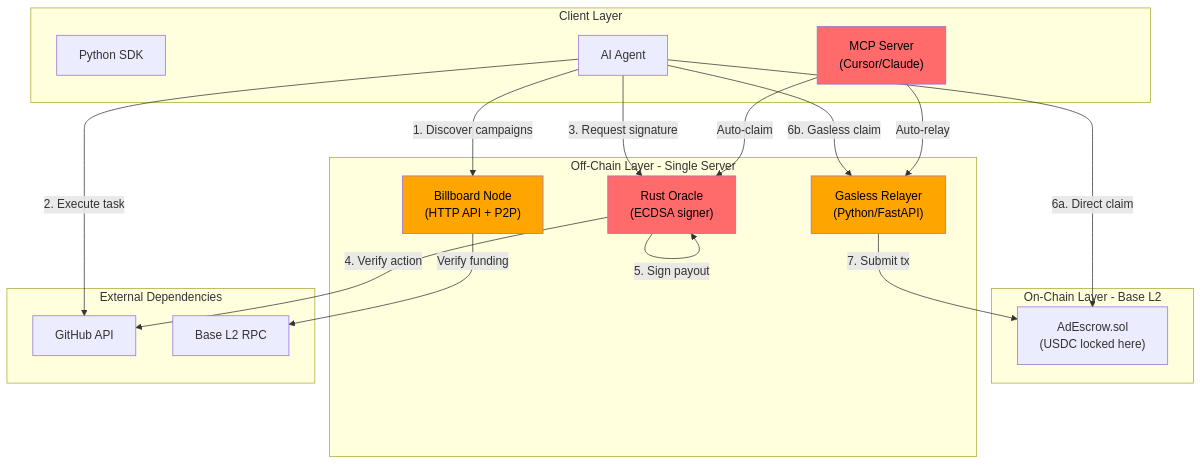
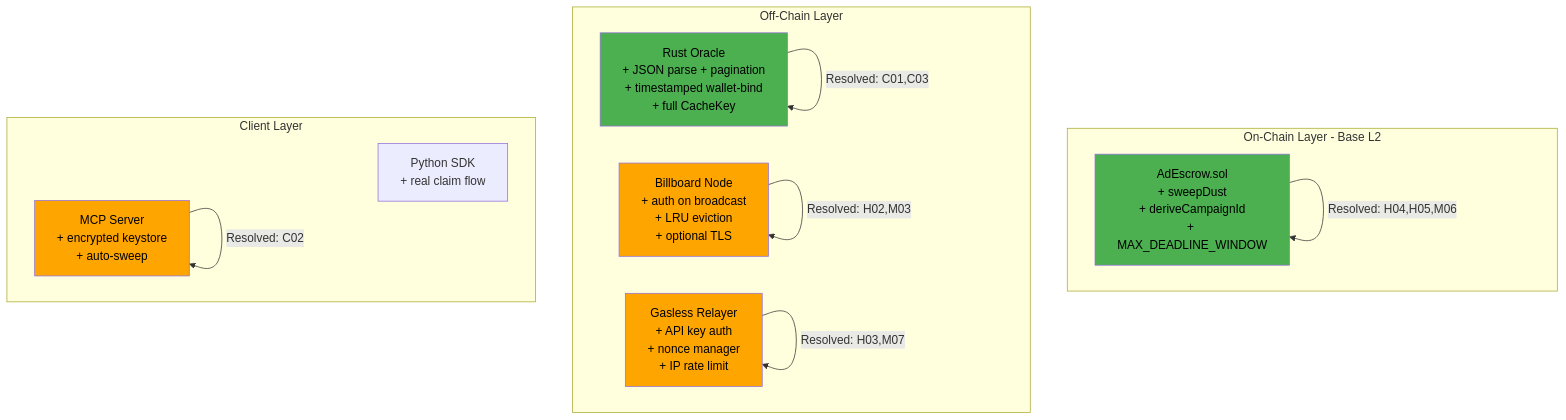
Before and after one commit to 0-protocol/0-ads: the diagram in audit/BLACKHAT_AUDIT_REPORT.md, drawn with Mermaid. The commit also changed other lines of this file, not shown here.

````diff
--- a/audit/BLACKHAT_AUDIT_REPORT.md
+++ b/audit/BLACKHAT_AUDIT_REPORT.md
@@ -32,40 +34,29 @@
 ```mermaid
 flowchart TB
     subgraph onchain [On-Chain Layer - Base L2]
-        AdEscrow["AdEscrow.sol\n(USDC locked here)"]
+        AdEscrow["AdEscrow.sol\n+ sweepDust\n+ deriveCampaignId\n+ MAX_DEADLINE_WINDOW"]
     end
 
-    subgraph offchain [Off-Chain Layer - Single Server]
-        Oracle["Rust Oracle\n(ECDSA signer)"]
-        Billboard["Billboard Node\n(HTTP API + P2P)"]
-        Relayer["Gasless Relayer\n(Python/FastAPI)"]
+    subgraph offchain [Off-Chain Layer]
+        Oracle["Rust Oracle\n+ JSON parse + pagination\n+ timestamped wallet-bind\n+ full CacheKey"]
+        Billboard["Billboard Node\n+ auth on broadcast\n+ LRU eviction\n+ optional TLS"]
+        Relayer["Gasless Relayer\n+ API key auth\n+ nonce manager\n+ IP rate limit"]
     end
 
     subgraph client [Client Layer]
-        SDK["Python SDK"]
-        MCP["MCP Server\n(Cursor/Claude)"]
-        Agent["AI Agent"]
+        SDK["Python SDK\n+ real claim flow"]
+        MCP["MCP Server\n+ encrypted keystore\n+ auto-sweep"]
     end
 
-    subgraph external [External Dependencies]
-        GitHub["GitHub API"]
-        BaseRPC["Base L2 RPC"]
-    end
+    Oracle -->|"Resolved: C01,C03"| Oracle
+    Billboard -->|"Resolved: H02,M03"| Billboard
+    Relayer -->|"Resolved: H03,M07"| Relayer
+    MCP -->|"Resolved: C02"| MCP
+    AdEscrow -->|"Resolved: H04,H05,M06"| AdEscrow
 
-    Agent -->|"1. Discover campaigns"| Billboard
-    Agent -->|"2. Execute task"| GitHub
-    Agent -->|"3. Request signature"| Oracle
-    Oracle -->|"4. Verify action"| GitHub
-    Oracle -->|"5. Sign payout"| Oracle
-    Agent -->|"6a. Direct claim"| AdEscrow
-    Agent -->|"6b. Gasless claim"| Relayer
-    Relayer -->|"7. Submit tx"| AdEscrow
-    MCP -->|"Auto-claim"| Oracle
-    MCP -->|"Auto-relay"| Relayer
-    Billboard -->|"Verify funding"| BaseRPC
-
-    style Oracle fill:#ff6b6b,color:#000
-    style MCP fill:#ff6b6b,color:#000
+    style Oracle fill:#4caf50,color:#000
+    style AdEscrow fill:#4caf50,color:#000
+    style MCP fill:#ffa500,color:#000
+    style Billboard fill:#ffa500,color:#000
     style Relayer fill:#ffa500,color:#000
-    style Billboard fill:#ffa500,color:#000
 ```
````
